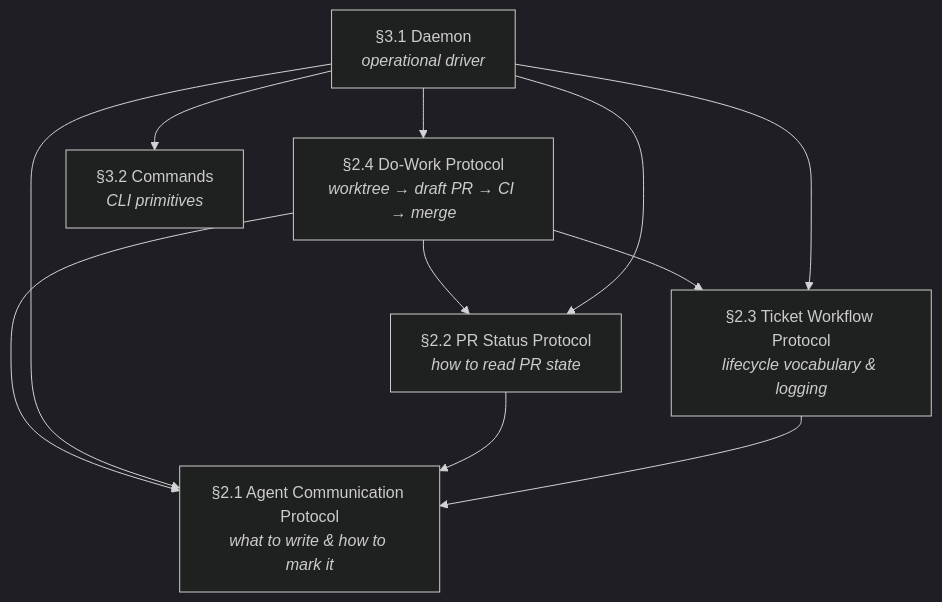
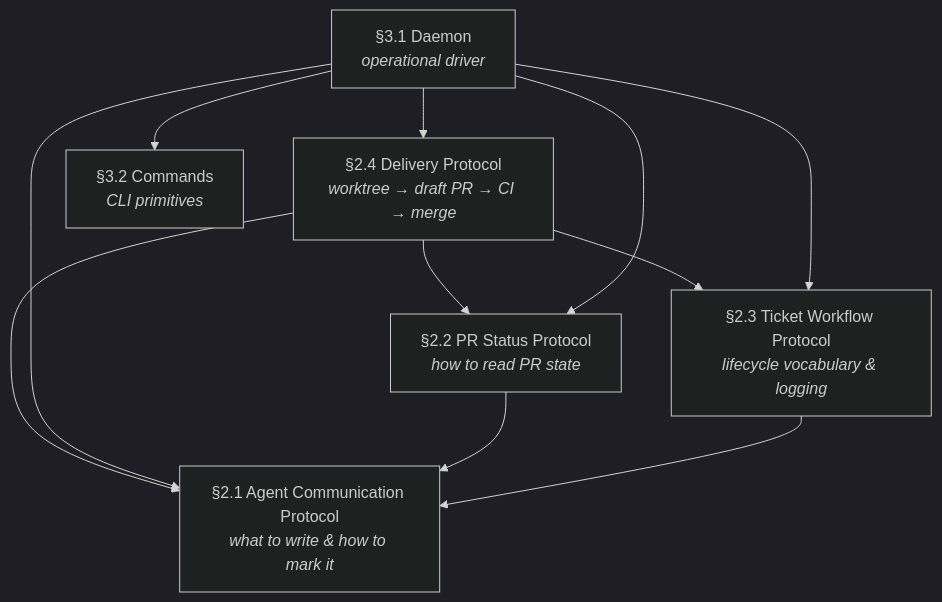
Before and after one commit to ianwremmel/agentic: the diagram in docs/spec/01-introduction.md, drawn with Mermaid (dark theme). The commit also changed other lines of this file and 6 other files, not shown here.

First line of the commit message:
spec: rename §2.4 to Delivery Protocol; fix verification gate

````diff
--- a/docs/spec/01-introduction.md
+++ b/docs/spec/01-introduction.md
@@ -106,20 +106,20 @@
 ```mermaid
 graph TD
     ACP["§2.1 Agent Communication Protocol<br/><i>what to write &amp; how to mark it</i>"]
     PSP["§2.2 PR Status Protocol<br/><i>how to read PR state</i>"]
     TWP["§2.3 Ticket Workflow Protocol<br/><i>lifecycle vocabulary &amp; logging</i>"]
-    DWP["§2.4 Do-Work Protocol<br/><i>worktree → draft PR → CI → merge</i>"]
+    DWP["§2.4 Delivery Protocol<br/><i>worktree → draft PR → CI → merge</i>"]
     DMN["§3.1 Daemon<br/><i>operational driver</i>"]
     CMD["§3.2 Commands<br/><i>CLI primitives</i>"]
 
     DWP --> ACP
     DWP --> PSP
     DWP --> TWP
     DMN --> ACP
     DMN --> PSP
     DMN --> TWP
     DMN --> DWP
     DMN --> CMD
     PSP --> ACP
     TWP --> ACP
 ```
````
